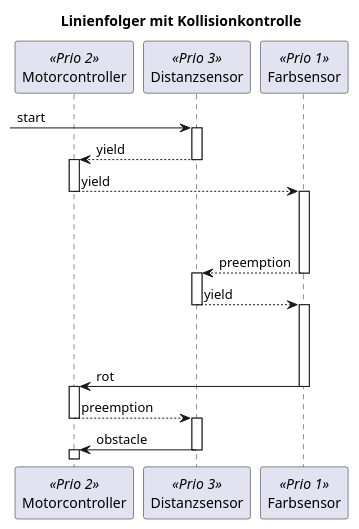
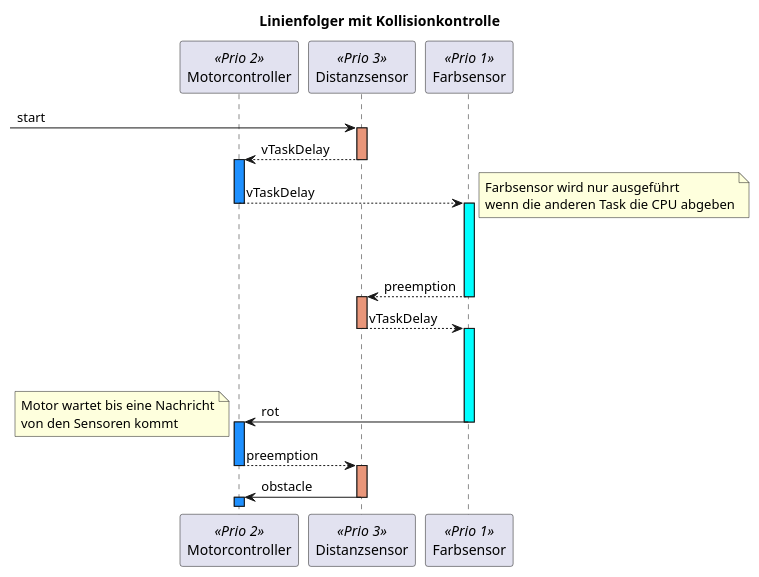
Before and after one commit to fhirter/ParalleleUndVerteilteSysteme: the diagram in CaseStudies/LineFollower1.puml, drawn with PlantUML.

Commit message:
add colors and comments

```diff
--- a/CaseStudies/LineFollower1.puml
+++ b/CaseStudies/LineFollower1.puml
@@ -1,23 +1,35 @@
 @startuml
 title Linienfolger mit Kollisionkontrolle
 
 participant "Motorcontroller" as motor << Prio 2 >>
 participant "Distanzsensor" as distanz << Prio 3 >>
 participant "Farbsensor" as farb << Prio 1 >>
 
-[-> distanz ++: start
+[-> distanz ++ #DarkSalmon: start
  
-distanz --> motor --++: yield
-motor --> farb --++: yield
-|||
-|||
-farb --> distanz --++: preemption
-distanz --> farb --++: yield
+distanz --> motor --++ #DodgerBlue: vTaskDelay 
+motor --> farb --++ #aqua: vTaskDelay
+note right
+  Farbsensor wird nur ausgeführt
+  wenn die anderen Task die CPU abgeben
+end note
+
 
 |||
 |||
-farb -> motor --++: rot
+farb --> distanz --++ #DarkSalmon: preemption
+distanz --> farb --++ #aqua: vTaskDelay
 
-"motor" --> "distanz" --++: preemption
-"distanz" -> motor --++: obstacle
+|||
+|||
+
+farb -> motor --++ #DodgerBlue: rot
+note left
+  Motor wartet bis eine Nachricht
+  von den Sensoren kommt
+end note
+
+
+"motor" --> "distanz" --++ #DarkSalmon: preemption
+"distanz" -> motor --++ #DodgerBlue: obstacle
 @enduml
```
